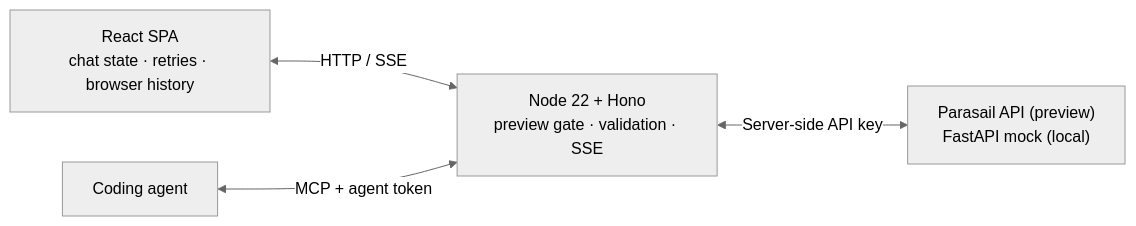
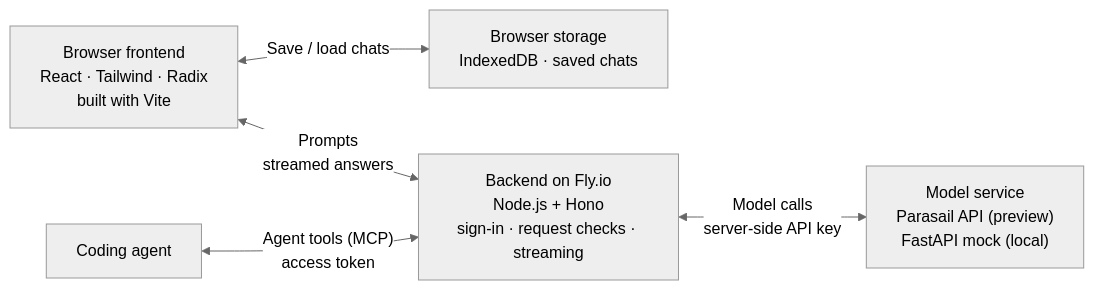
The diagram in architecture-notes.md (yukunl/playground), drawn with Mermaid (neutral theme) before and after one commit. The commit also changed other lines of this file, not shown here.

Commit message:
Revise architecture notes and clarify diagram

````diff
--- a/architecture-notes.md
+++ b/architecture-notes.md
@@ -17,10 +16,12 @@
 ```mermaid
 flowchart LR
-  Browser["React SPA<br/>chat state · retries · browser history"]
+  Browser["Browser frontend<br/>React · Tailwind · Radix<br/>built with Vite"]
+  Local["Browser storage<br/>IndexedDB · saved chats"]
   Agent["Coding agent"]
-  API["Node 22 + Hono<br/>preview gate · validation · SSE"]
-  Upstream["Parasail API (preview)<br/>FastAPI mock (local)"]
-  Browser <-->|HTTP / SSE| API
-  Agent <-->|MCP + agent token| API
-  API <-->|Server-side API key| Upstream
+  API["Backend on Fly.io<br/>Node.js + Hono<br/>sign-in · request checks · streaming"]
+  Upstream["Model service<br/>Parasail API (preview)<br/>FastAPI mock (local)"]
+  Browser <-->|"Save / load chats"| Local
+  Browser <-->|"Prompts<br/>streamed answers"| API
+  Agent <-->|"Agent tools (MCP)<br/>access token"| API
+  API <-->|"Model calls<br/>server-side API key"| Upstream
 ```
````
